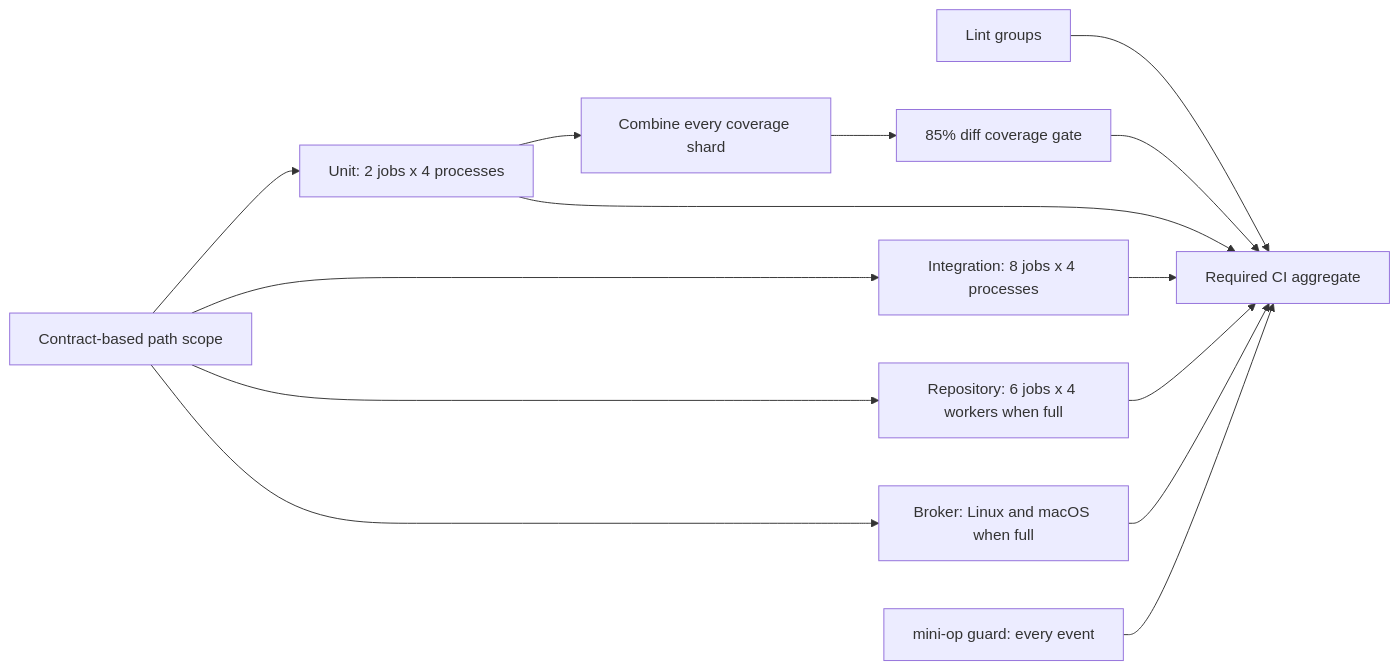
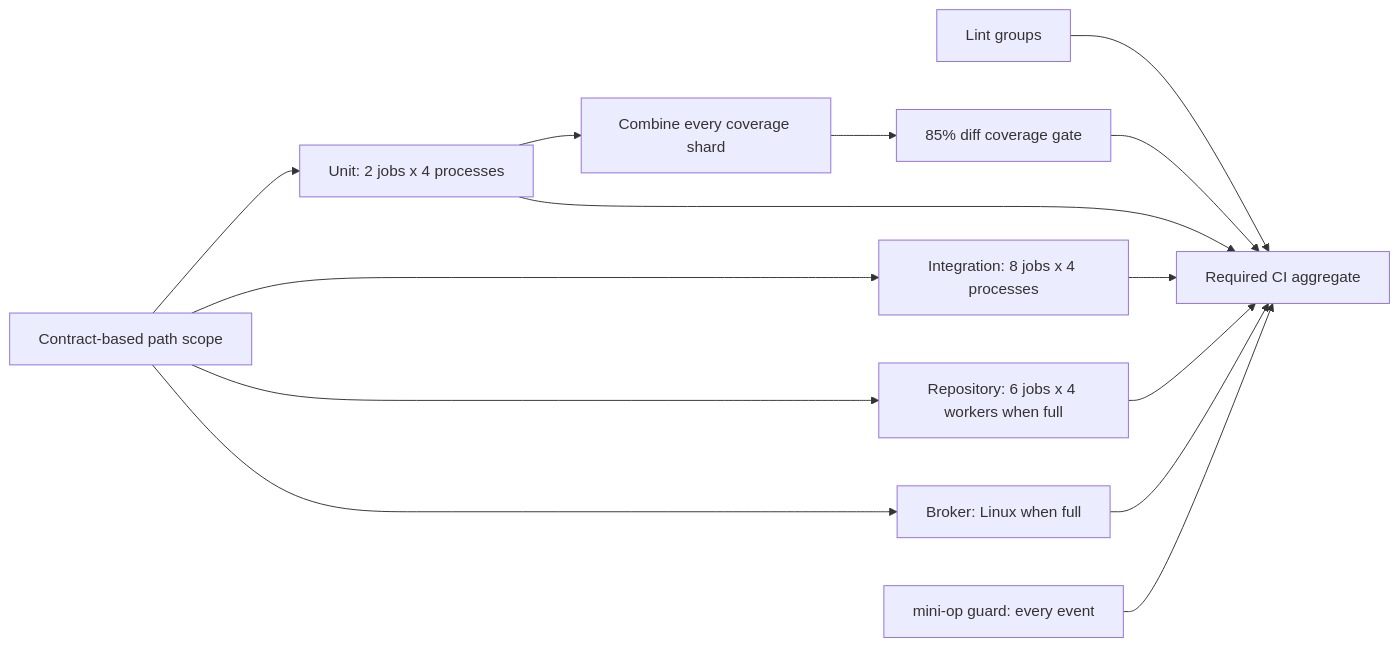
The diagram in docs/tests.md (windroc-labs/ensemble), drawn with Mermaid before and after one commit. The commit also changed other lines of this file and 8 other files, not shown here.

Commit message:
ci: move macOS broker out of required checks (#83)

````diff
--- a/docs/tests.md
+++ b/docs/tests.md
@@ -139,16 +143,16 @@
 ```mermaid
 flowchart LR
     S[Contract-based path scope] --> U
     S --> I
     S --> R[Repository: 6 jobs x 4 workers when full]
     S --> B
     L[Lint groups] --> CI[Required CI aggregate]
     U[Unit: 2 jobs x 4 processes] --> C[Combine every coverage shard]
     C --> G[85% diff coverage gate]
     G --> CI
     U --> CI
     I[Integration: 8 jobs x 4 processes] --> CI
     R --> CI
-    B[Broker: Linux and macOS when full] --> CI
+    B[Broker: Linux when full] --> CI
     M[mini-op guard: every event] --> CI
 ```
````
